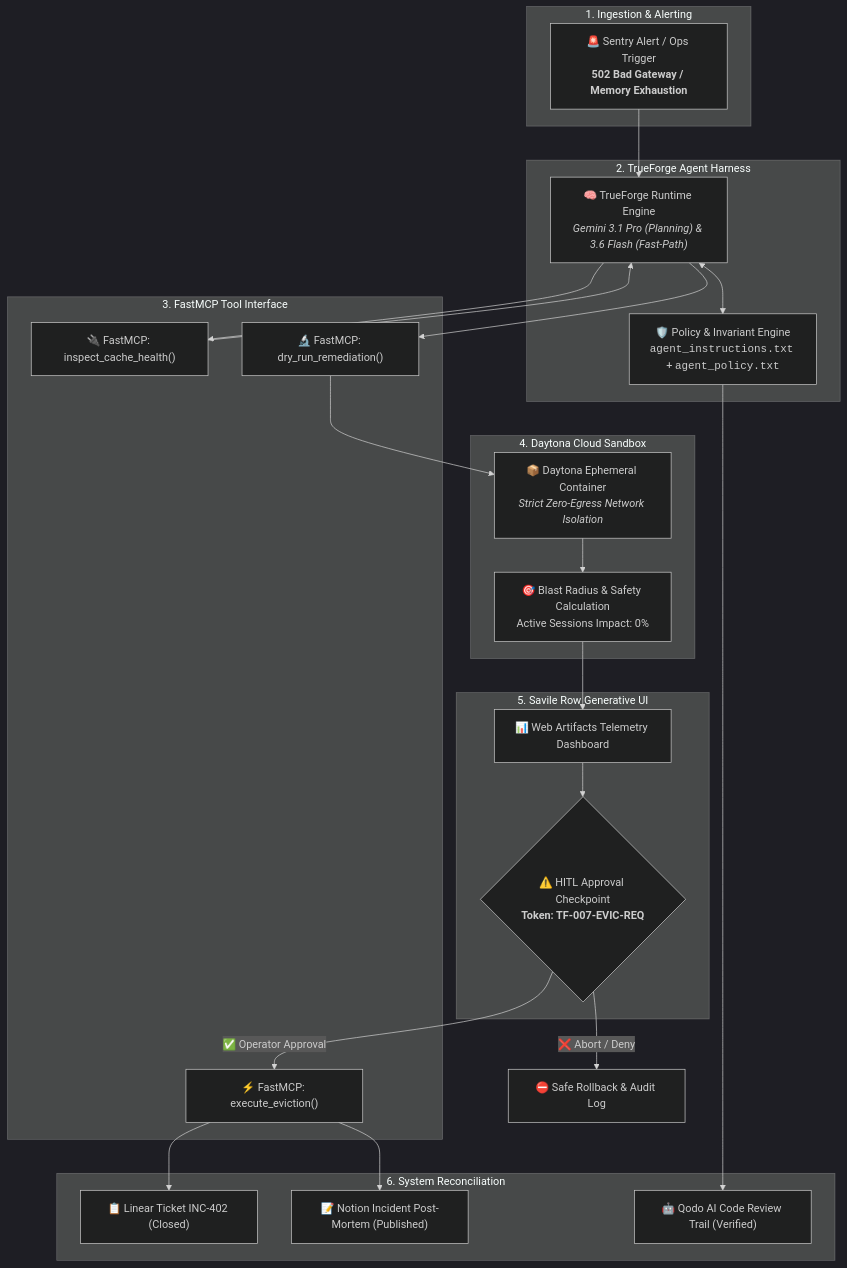
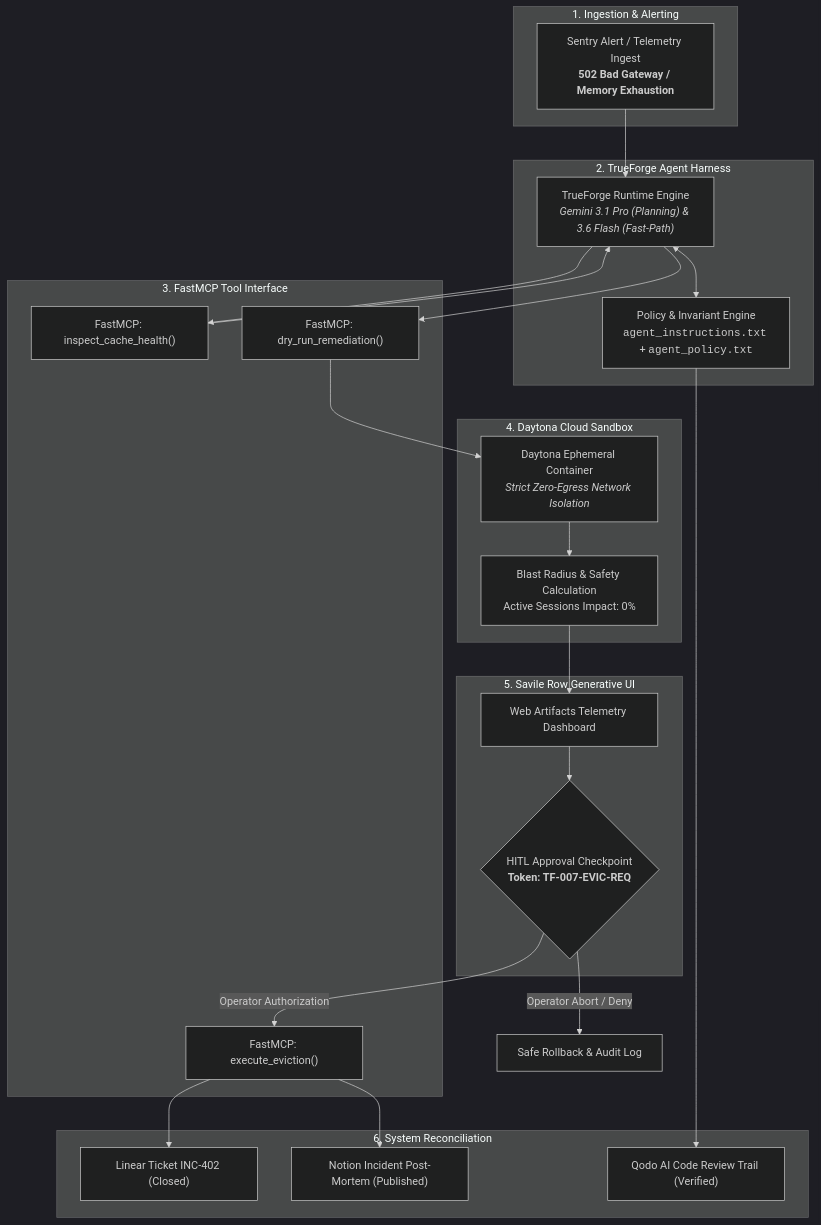
One commit to Anurag-tech22/bomb-squad-agent changed the first of 2 diagrams in README.md. Above: the diagram before and after it, drawn with Mermaid (dark theme). The commit also changed other lines of this file, not shown here.

````diff
--- a/README.md
+++ b/README.md
@@ -64,50 +59,50 @@
 ```mermaid
 graph TB
     subgraph ObservabilityLayer["1. Ingestion & Alerting"]
-        Alert["🚨 Sentry Alert / Ops Trigger<br/><b>502 Bad Gateway / Memory Exhaustion</b>"]
+        Alert["Sentry Alert / Telemetry Ingest<br/><b>502 Bad Gateway / Memory Exhaustion</b>"]
     end
 
     subgraph AgentRuntime["2. TrueForge Agent Harness"]
-        Engine["🧠 TrueForge Runtime Engine<br/><i>Gemini 3.1 Pro (Planning) & 3.6 Flash (Fast-Path)</i>"]
-        PolicyEngine["🛡️ Policy & Invariant Engine<br/><code>agent_instructions.txt</code> + <code>agent_policy.txt</code>"]
+        Engine["TrueForge Runtime Engine<br/><i>Gemini 3.1 Pro (Planning) & 3.6 Flash (Fast-Path)</i>"]
+        PolicyEngine["Policy & Invariant Engine<br/><code>agent_instructions.txt</code> + <code>agent_policy.txt</code>"]
         Engine <--> PolicyEngine
     end
 
     subgraph ToolRegistry["3. FastMCP Tool Interface"]
-        MCP_Diag["🔌 FastMCP: inspect_cache_health()"]
-        MCP_DryRun["🔬 FastMCP: dry_run_remediation()"]
-        MCP_Evict["⚡ FastMCP: execute_eviction()"]
+        MCP_Diag["FastMCP: inspect_cache_health()"]
+        MCP_DryRun["FastMCP: dry_run_remediation()"]
+        MCP_Evict["FastMCP: execute_eviction()"]
     end
 
     subgraph IsolatedExecution["4. Daytona Cloud Sandbox"]
-        Sandbox["📦 Daytona Ephemeral Container<br/><i>Strict Zero-Egress Network Isolation</i>"]
-        BlastRadius["🎯 Blast Radius & Safety Calculation<br/>Active Sessions Impact: 0%"]
+        Sandbox["Daytona Ephemeral Container<br/><i>Strict Zero-Egress Network Isolation</i>"]
+        BlastRadius["Blast Radius & Safety Calculation<br/>Active Sessions Impact: 0%"]
     end
 
     subgraph HITLInterface["5. Savile Row Generative UI"]
-        Dashboard["📊 Web Artifacts Telemetry Dashboard"]
-        HumanGate{"⚠️ HITL Approval Checkpoint<br/><b>Token: TF-007-EVIC-REQ</b>"}
+        Dashboard["Web Artifacts Telemetry Dashboard"]
+        HumanGate{"HITL Approval Checkpoint<br/><b>Token: TF-007-EVIC-REQ</b>"}
     end
 
     subgraph EnterpriseAudit["6. System Reconciliation"]
-        Linear["📋 Linear Ticket INC-402 (Closed)"]
-        Notion["📝 Notion Incident Post-Mortem (Published)"]
-        QodoAudit["🤖 Qodo AI Code Review Trail (Verified)"]
+        Linear["Linear Ticket INC-402 (Closed)"]
+        Notion["Notion Incident Post-Mortem (Published)"]
+        QodoAudit["Qodo AI Code Review Trail (Verified)"]
     end
 
     Alert --> Engine
     Engine --> MCP_Diag
     MCP_Diag --> Engine
     Engine --> MCP_DryRun
     MCP_DryRun --> Sandbox
     Sandbox --> BlastRadius
     BlastRadius --> Dashboard
     Dashboard --> HumanGate
 
-    HumanGate -->|❌ Abort / Deny| AbortNode["⛔ Safe Rollback & Audit Log"]
-    HumanGate -->|✅ Operator Approval| MCP_Evict
+    HumanGate -->|Operator Abort / Deny| AbortNode["Safe Rollback & Audit Log"]
+    HumanGate -->|Operator Authorization| MCP_Evict
 
     MCP_Evict --> Linear
     MCP_Evict --> Notion
     PolicyEngine --> QodoAudit
 ```
````
